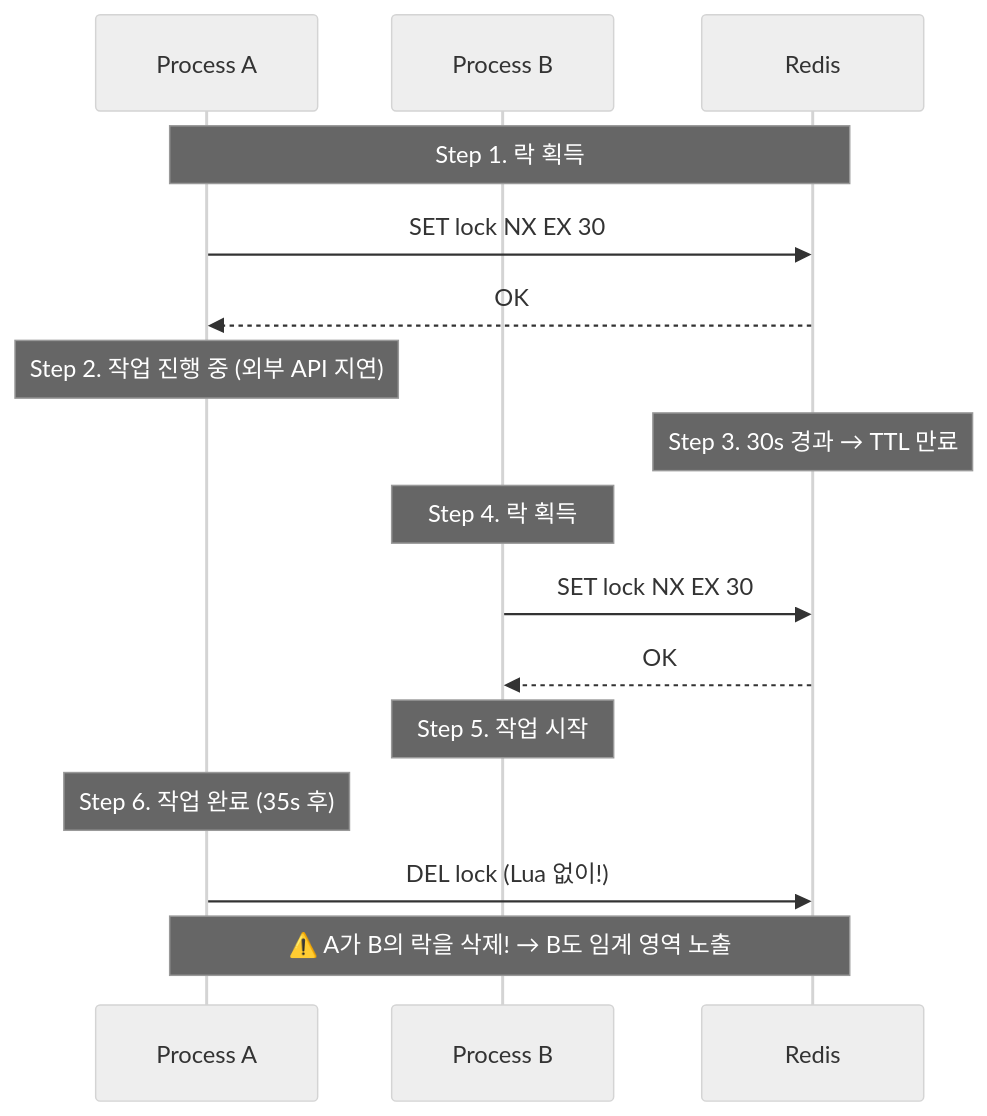
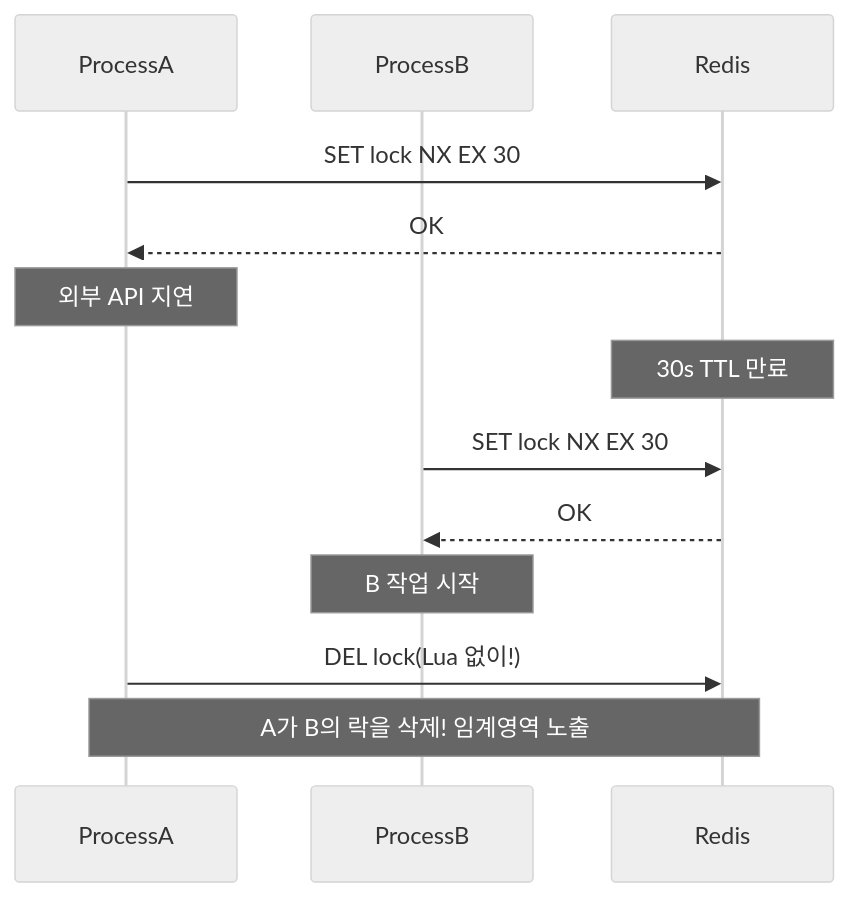
One commit to yjkim2015/yjkim2015.github.io changed the tenth of 15 diagrams in _posts/redis/2026-05-01-redis-distributed-lock.md. Above: the diagram before and after it, drawn with Mermaid (neutral theme). The commit also changed other lines of this file and 215 other files, not shown here.

First line of the commit message:
신규 포스트 10개 추가 + Mermaid 전면 축소 + SystemDesign 시리즈 보강

````diff
--- a/_posts/redis/2026-05-01-redis-distributed-lock.md
+++ b/_posts/redis/2026-05-01-redis-distributed-lock.md
@@ -726,22 +640,15 @@
 ```mermaid
 sequenceDiagram
-    participant A as Process A
-    participant B as Process B
+    participant A as ProcessA
+    participant B as ProcessB
     participant R as Redis
-
-    Note over A,R: Step 1. 락 획득
     A->>R: SET lock NX EX 30
     R-->>A: OK
-
-    Note over A: Step 2. 작업 진행 중 (외부 API 지연)
-    Note over R: Step 3. 30s 경과 → TTL 만료
-
-    Note over B: Step 4. 락 획득
+    Note over A: 외부 API 지연
+    Note over R: 30s TTL 만료
     B->>R: SET lock NX EX 30
     R-->>B: OK
-    Note over B: Step 5. 작업 시작
-
-    Note over A: Step 6. 작업 완료 (35s 후)
-    A->>R: DEL lock (Lua 없이!)
-    Note over A,R: ⚠️ A가 B의 락을 삭제! → B도 임계 영역 노출
+    Note over B: B 작업 시작
+    A->>R: DEL lock(Lua 없이!)
+    Note over A,R: A가 B의 락을 삭제! 임계영역 노출
 ```
````
